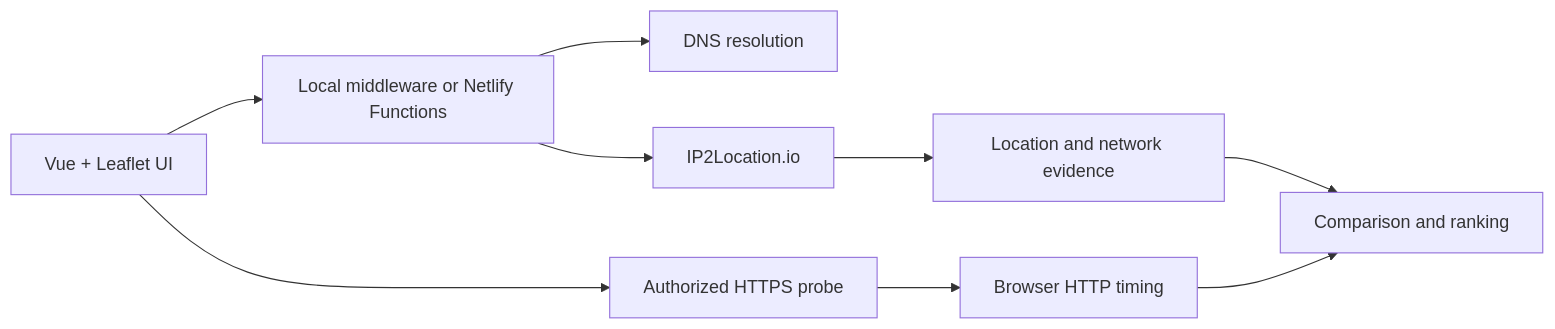
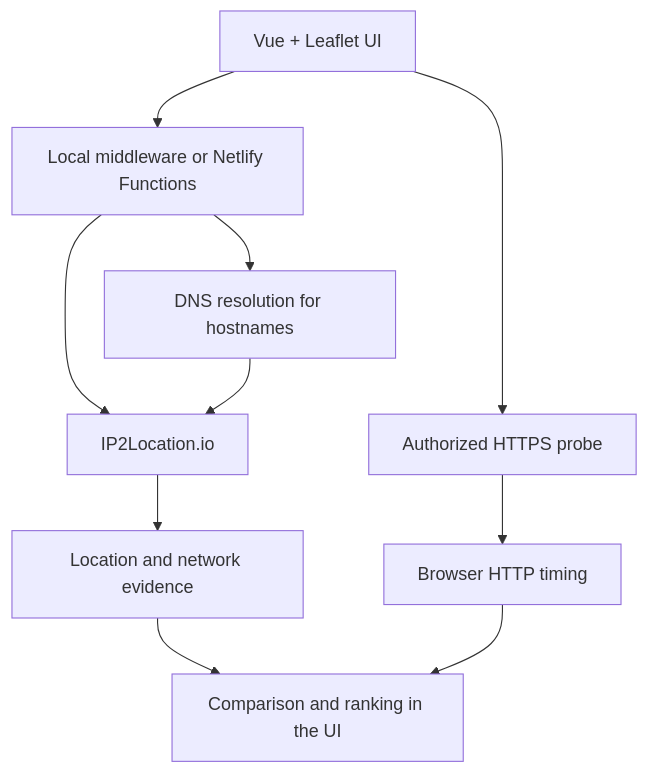
One commit to timor2542/sakurath-geoip2route changed the diagram in README.md. Above: the diagram before and after it, drawn with Mermaid. The commit also changed other lines of this file and 1 other file, not shown here.

Commit message:
Clarify README architecture and deployment

````diff
--- a/README.md
+++ b/README.md
@@ -123,11 +125,13 @@
 ```mermaid
-flowchart LR
-  A[Vue + Leaflet UI] --> B[Local middleware or Netlify Functions]
-  B --> C[DNS resolution]
-  B --> D[IP2Location.io]
-  A --> E[Authorized HTTPS probe]
-  D --> F[Location and network evidence]
-  E --> G[Browser HTTP timing]
-  F --> H[Comparison and ranking]
-  G --> H
+flowchart TB
+  UI[Vue + Leaflet UI]
+  UI --> API[Local middleware or Netlify Functions]
+  API --> DNS[DNS resolution for hostnames]
+  API --> IP2[IP2Location.io]
+  DNS --> IP2
+  IP2 --> GEO[Location and network evidence]
+  UI --> PROBE[Authorized HTTPS probe]
+  PROBE --> HTTP[Browser HTTP timing]
+  GEO --> RESULT[Comparison and ranking in the UI]
+  HTTP --> RESULT
 ```
````
